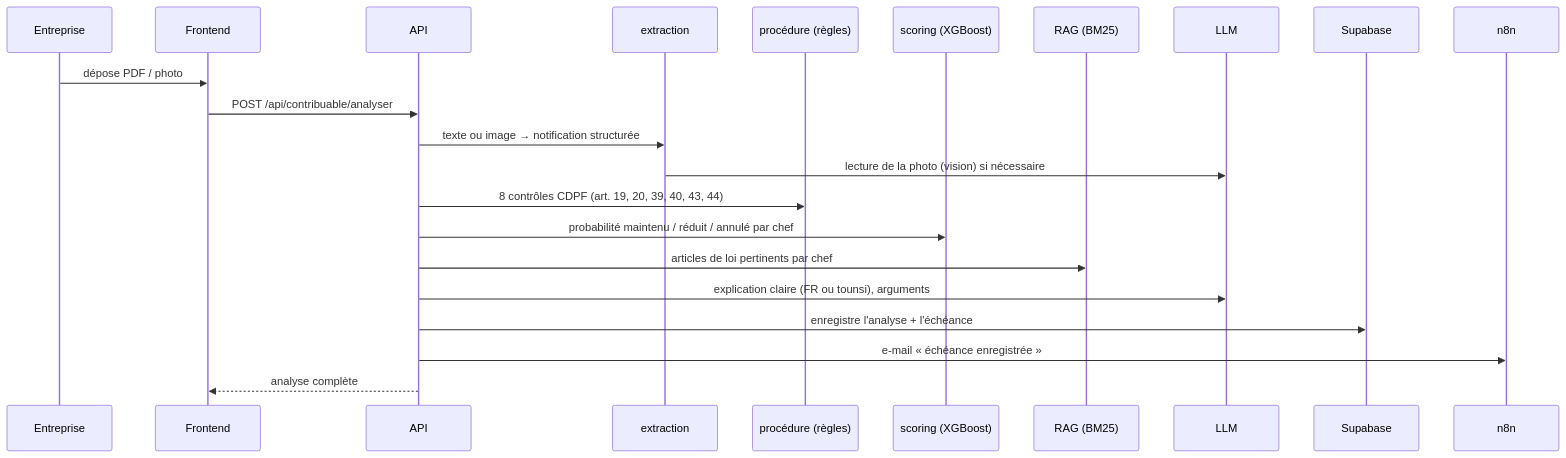
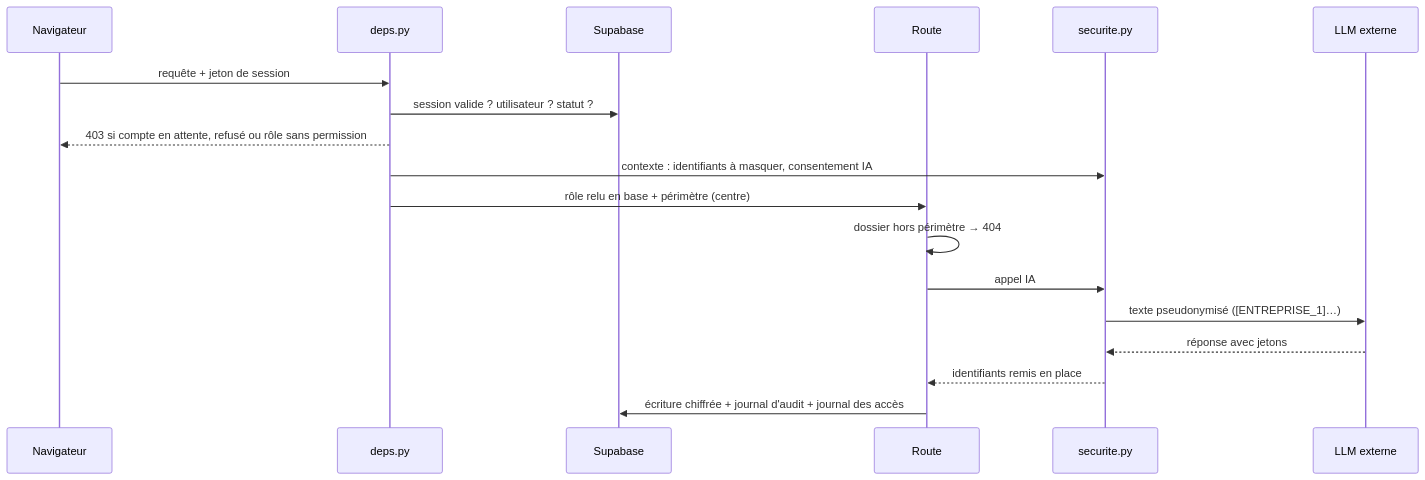
The second of 5 diagrams in docs/ARCHITECTURE.md (EyaAzzabi/Jiser-code), drawn with Mermaid before and after one commit. The commit also changed other lines of this file and 79 other files, not shown here.

````diff
--- a/docs/ARCHITECTURE.md
+++ b/docs/ARCHITECTURE.md
@@ -83,25 +80,20 @@
 ```mermaid
 sequenceDiagram
-    participant E as Entreprise
-    participant F as Frontend
-    participant A as API
-    participant X as extraction
-    participant P as procédure (règles)
-    participant S as scoring (XGBoost)
-    participant R as RAG (BM25)
-    participant L as LLM
-    participant D as Supabase
-    participant N as n8n
-
-    E->>F: dépose PDF / photo
-    F->>A: POST /api/contribuable/analyser
-    A->>X: texte ou image → notification structurée
-    X->>L: lecture de la photo (vision) si nécessaire
-    A->>P: 8 contrôles CDPF (art. 19, 20, 39, 40, 43, 44)
-    A->>S: probabilité maintenu / réduit / annulé par chef
-    A->>R: articles de loi pertinents par chef
-    A->>L: explication claire (FR ou tounsi), arguments
-    A->>D: enregistre l'analyse + l'échéance
-    A->>N: e-mail « échéance enregistrée »
-    A-->>F: analyse complète
+    participant N as Navigateur
+    participant D as deps.py
+    participant B as Supabase
+    participant R as Route
+    participant S as securite.py
+    participant L as LLM externe
+    N->>D: requête + jeton de session
+    D->>B: session valide ? utilisateur ? statut ?
+    D-->>N: 403 si compte en attente, refusé ou rôle sans permission
+    D->>S: contexte : identifiants à masquer, consentement IA
+    D->>R: rôle relu en base + périmètre (centre)
+    R->>R: dossier hors périmètre → 404
+    R->>S: appel IA
+    S->>L: texte pseudonymisé ([ENTREPRISE_1]…)
+    L-->>S: réponse avec jetons
+    S-->>R: identifiants remis en place
+    R->>B: écriture chiffrée + journal d'audit + journal des accès
 ```
````
